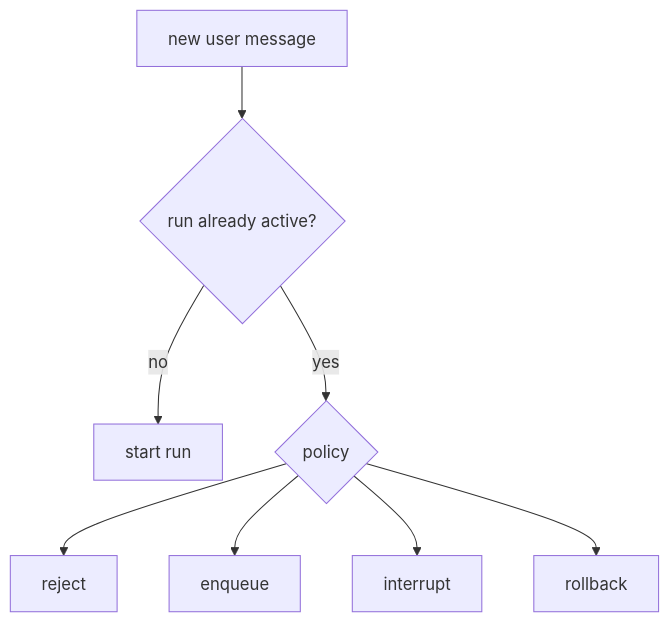
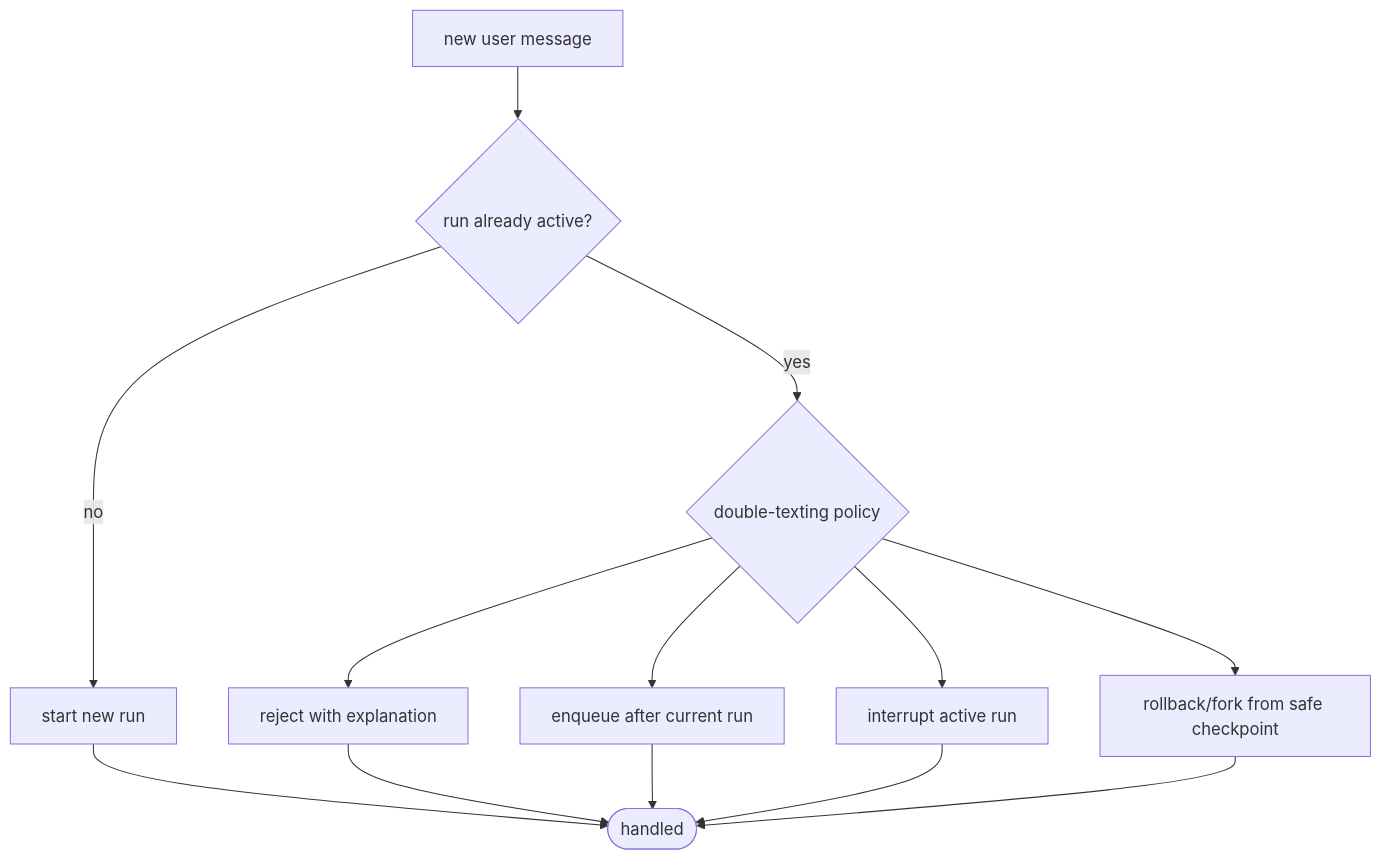
The first of 2 diagrams in docs/agent-patterns/patterns/15-runtime-and-double-texting-policy.md (heecheon92/langgraph-playground), drawn with Mermaid before and after one commit. The commit also changed other lines of this file and 24 other files, not shown here.

````diff
--- a/docs/agent-patterns/patterns/15-runtime-and-double-texting-policy.md
+++ b/docs/agent-patterns/patterns/15-runtime-and-double-texting-policy.md
@@ -34,10 +27,15 @@
 ```mermaid
 flowchart TD
     Incoming[new user message] --> Active{run already active?}
-    Active -->|no| StartRun[start run]
-    Active -->|yes| Policy{policy}
-    Policy --> Reject[reject]
-    Policy --> Enqueue[enqueue]
-    Policy --> Interrupt[interrupt]
-    Policy --> Rollback[rollback]
+    Active -->|no| StartRun[start new run]
+    Active -->|yes| Policy{double-texting policy}
+    Policy --> Reject[reject with explanation]
+    Policy --> Enqueue[enqueue after current run]
+    Policy --> Interrupt[interrupt active run]
+    Policy --> Rollback[rollback/fork from safe checkpoint]
+    StartRun --> End([handled])
+    Reject --> End
+    Enqueue --> End
+    Interrupt --> End
+    Rollback --> End
 ```
````
